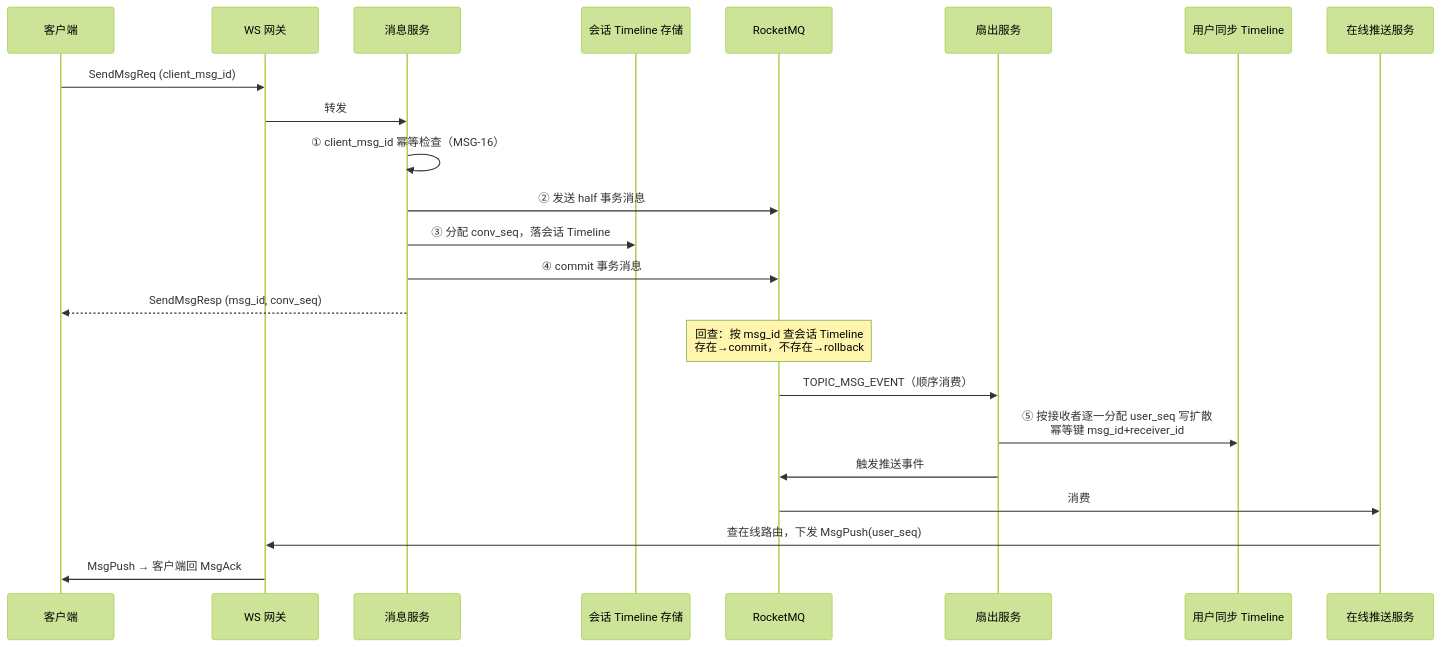
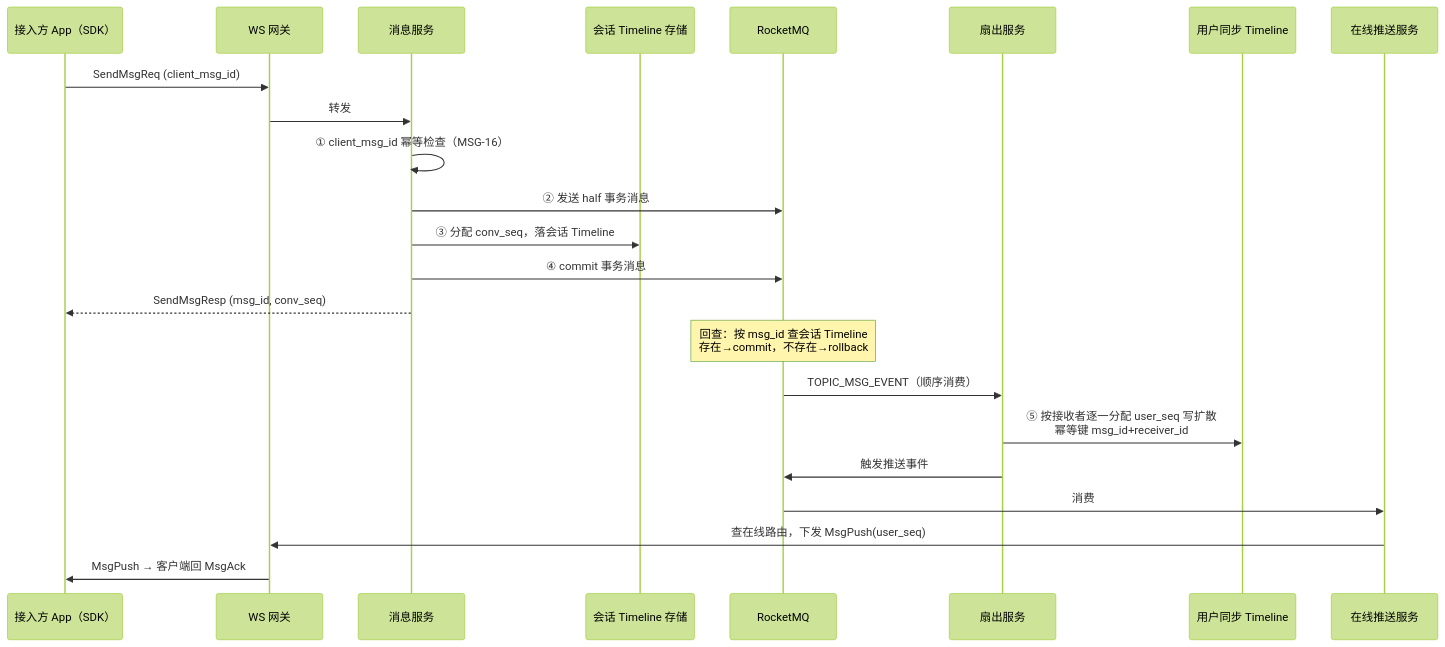
The diagram in docs/specs/2026-08-07-im-mq-architecture-design.md (qlshouyu/phantom-im), drawn with Mermaid (forest theme) before and after one commit. The commit also changed other lines of this file and 2 other files, not shown here.

Commit message:
docs(specs): MQ 架构文档与架构图适配平台化（接入方 App/服务端、OpenAPI 服务、多租户验签与路由表）

````diff
--- a/docs/specs/2026-08-07-im-mq-architecture-design.md
+++ b/docs/specs/2026-08-07-im-mq-architecture-design.md
@@ -35,26 +37,26 @@
 ```mermaid
 sequenceDiagram
-    participant C as 客户端
+    participant C as 接入方 App（SDK）
     participant GW as WS 网关
     participant MS as 消息服务
     participant CT as 会话 Timeline 存储
     participant MQ as RocketMQ
     participant FO as 扇出服务
     participant UT as 用户同步 Timeline
     participant OP as 在线推送服务
 
     C->>GW: SendMsgReq (client_msg_id)
     GW->>MS: 转发
     MS->>MS: ① client_msg_id 幂等检查（MSG-16）
     MS->>MQ: ② 发送 half 事务消息
     MS->>CT: ③ 分配 conv_seq，落会话 Timeline
     MS->>MQ: ④ commit 事务消息
     MS-->>C: SendMsgResp (msg_id, conv_seq)
     Note over MQ: 回查：按 msg_id 查会话 Timeline<br/>存在→commit，不存在→rollback
     MQ->>FO: TOPIC_MSG_EVENT（顺序消费）
     FO->>UT: ⑤ 按接收者逐一分配 user_seq 写扩散<br/>幂等键 msg_id+receiver_id
     FO->>MQ: 触发推送事件
     MQ->>OP: 消费
     OP->>GW: 查在线路由，下发 MsgPush(user_seq)
     GW->>C: MsgPush → 客户端回 MsgAck
 ```
````
